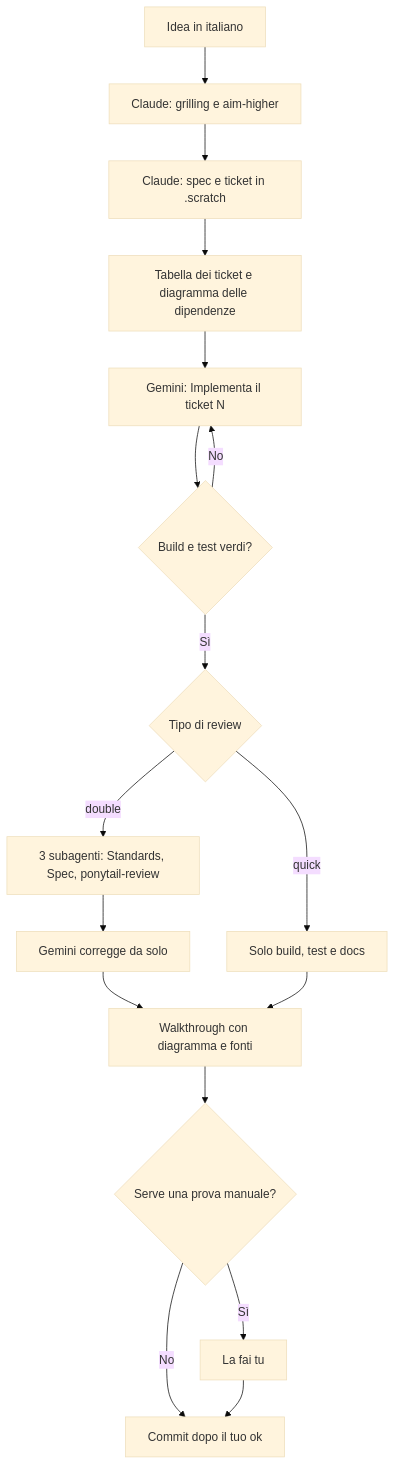
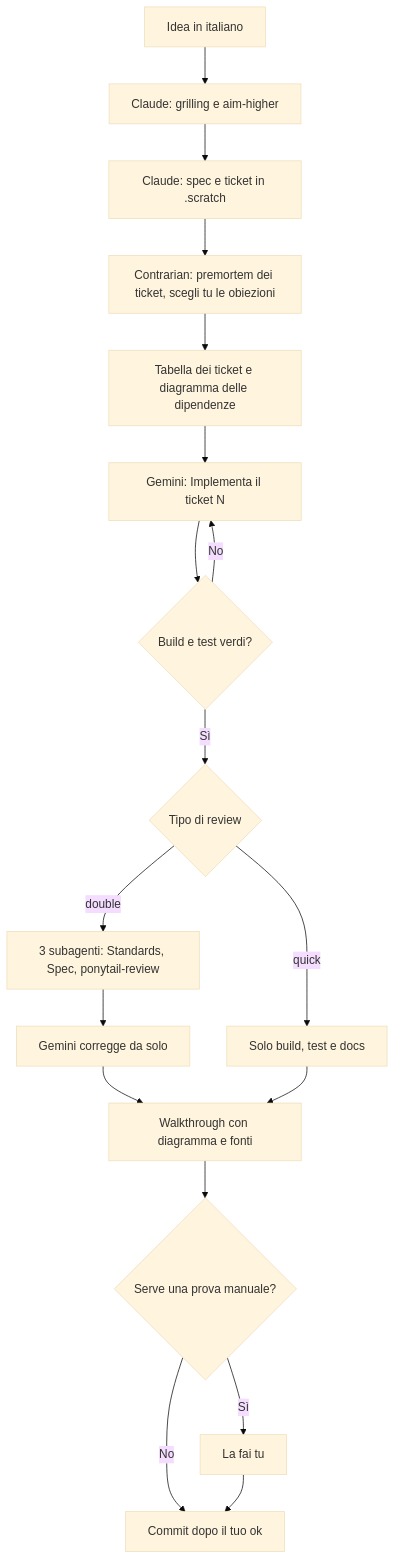
One commit to justpeppe/just-develop changed the first of 3 diagrams in docs/index.mdx. Above: the diagram before and after it, drawn with Mermaid (base theme). The commit also changed other lines of this file and 10 other files, not shown here.

Commit message:
feat(flow): aggiunge l'agente contrarian per il premortem dei ticket

````diff
--- a/docs/index.mdx
+++ b/docs/index.mdx
@@ -10,19 +10,20 @@
 ```mermaid
 flowchart TD
     A["Idea in italiano"] --> B["Claude: grilling e aim-higher"]
     B --> C["Claude: spec e ticket in .scratch"]
-    C --> D["Tabella dei ticket e diagramma delle dipendenze"]
+    C --> C2["Contrarian: premortem dei ticket, scegli tu le obiezioni"]
+    C2 --> D["Tabella dei ticket e diagramma delle dipendenze"]
     D --> E["Gemini: Implementa il ticket N"]
     E --> F{"Build e test verdi?"}
     F -- "No" --> E
     F -- "Sì" --> G{"Tipo di review"}
     G -- "double" --> H["3 subagenti: Standards, Spec, ponytail-review"]
     G -- "quick" --> I["Solo build, test e docs"]
     H --> J["Gemini corregge da solo"]
     J --> K["Walkthrough con diagramma e fonti"]
     I --> K
     K --> L{"Serve una prova manuale?"}
     L -- "Sì" --> M["La fai tu"]
     L -- "No" --> N["Commit dopo il tuo ok"]
     M --> N
 ```
````
